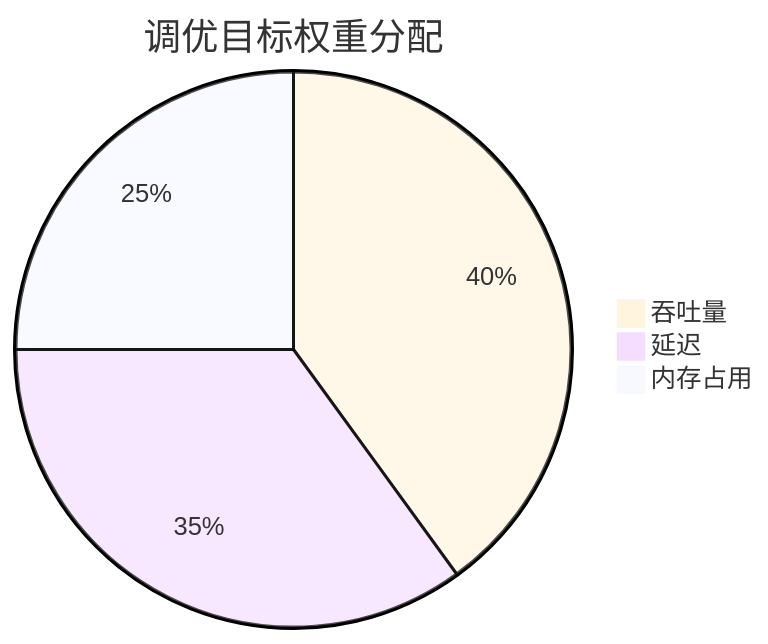
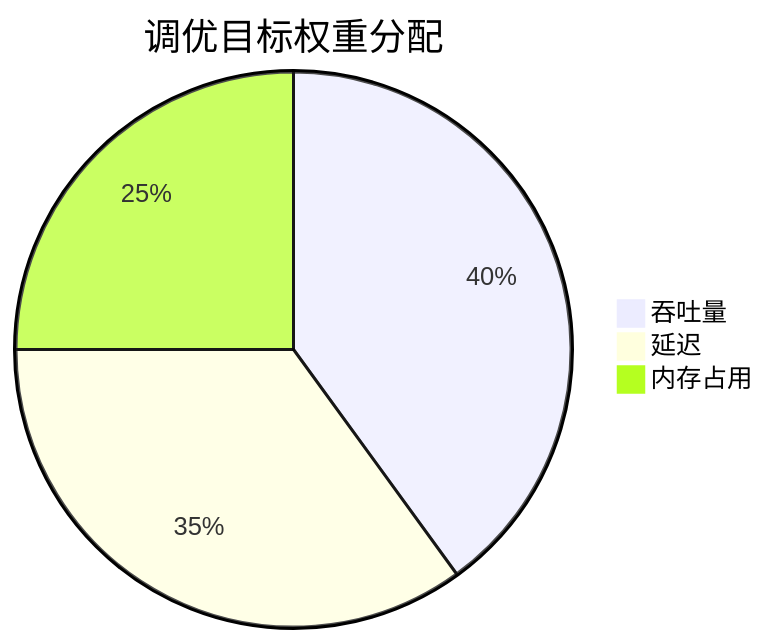
Before and after one commit to dd-xiaozhi/study-notes: the fifth of 10 diagrams in Java/java高级/JVM/06_JVM调优实战.md, drawn with Mermaid. The commit also changed 19 other files, not shown here.

````diff
--- a/Java/java高级/JVM/06_JVM调优实战.md
+++ b/Java/java高级/JVM/06_JVM调优实战.md
@@ -489,7 +489,6 @@
 ```mermaid
-%%{init: {'theme': 'base'}}%%
 pie title 调优目标权重分配
     "吞吐量" : 40
     "延迟" : 35
     "内存占用" : 25
 ```
````
